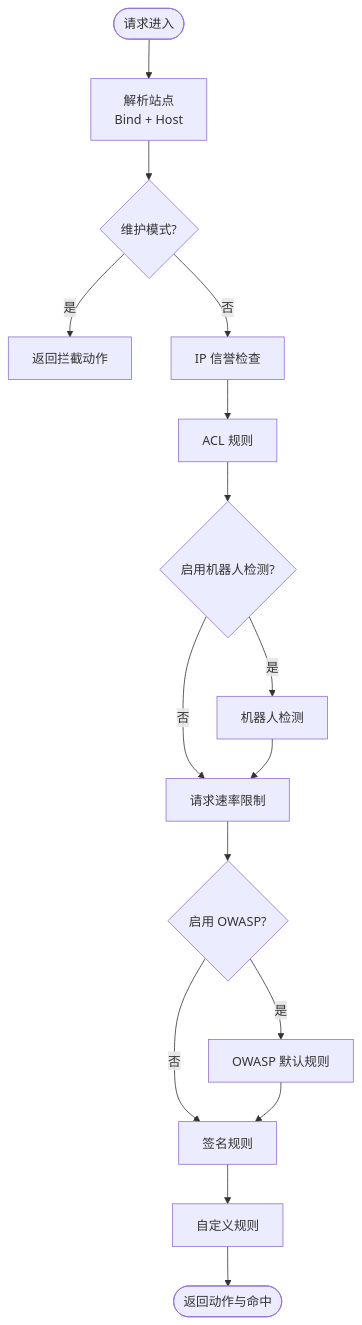
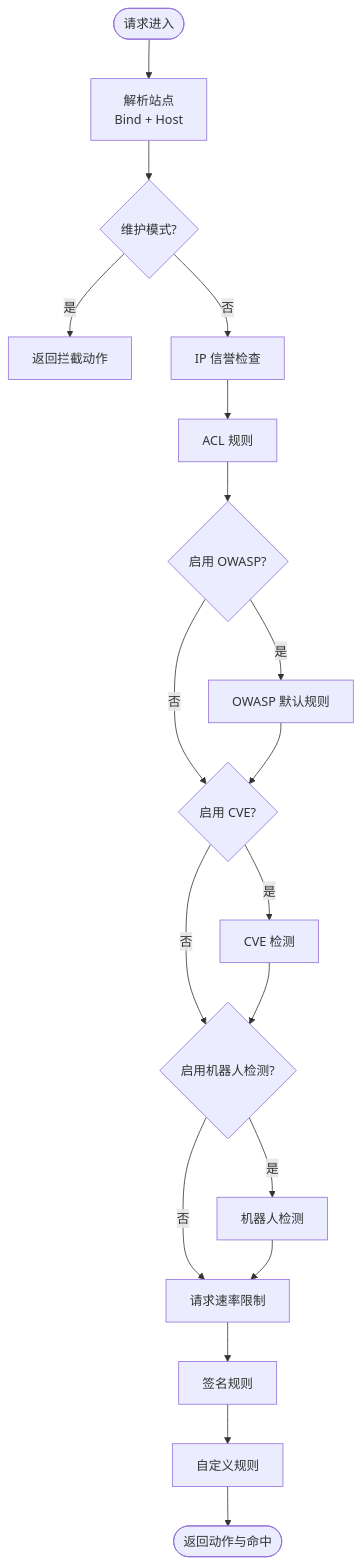
The fourth of 7 diagrams in docs/项目概述/项目介绍.md (x01n/My-OpenWaf), drawn with Mermaid before and after one commit. The commit also changed other lines of this file and 354 other files, not shown here.

````diff
--- a/docs/项目概述/项目介绍.md
+++ b/docs/项目概述/项目介绍.md
@@ -181,18 +185,21 @@
 ```mermaid
 flowchart TD
 Start(["请求进入"]) --> Resolve["解析站点<br/>Bind + Host"]
 Resolve --> MaintCheck{"维护模式?"}
 MaintCheck --> |是| Intercept["返回拦截动作"]
 MaintCheck --> |否| IPRep["IP 信誉检查"]
 IPRep --> ACL["ACL 规则"]
-ACL --> Bot{"启用机器人检测?"}
+ACL --> OWASP{"启用 OWASP?"}
+OWASP --> |是| OWASPPhase["OWASP 默认规则"]
+OWASP --> |否| CVE
+OWASPPhase --> CVE{"启用 CVE?"}
+CVE --> |是| CVEPhase["CVE 检测"]
+CVE --> |否| Bot
+CVEPhase --> Bot{"启用机器人检测?"}
 Bot --> |是| BotPhase["机器人检测"]
 Bot --> |否| RLCheck
 BotPhase --> RLCheck["请求速率限制"]
-RLCheck --> OWASP{"启用 OWASP?"}
-OWASP --> |是| OWASPPhase["OWASP 默认规则"]
-OWASP --> |否| Sig
-OWASPPhase --> Sig["签名规则"]
+RLCheck --> Sig["签名规则"]
 Sig --> Custom["自定义规则"]
 Custom --> Done(["返回动作与命中"])
 ```
````
